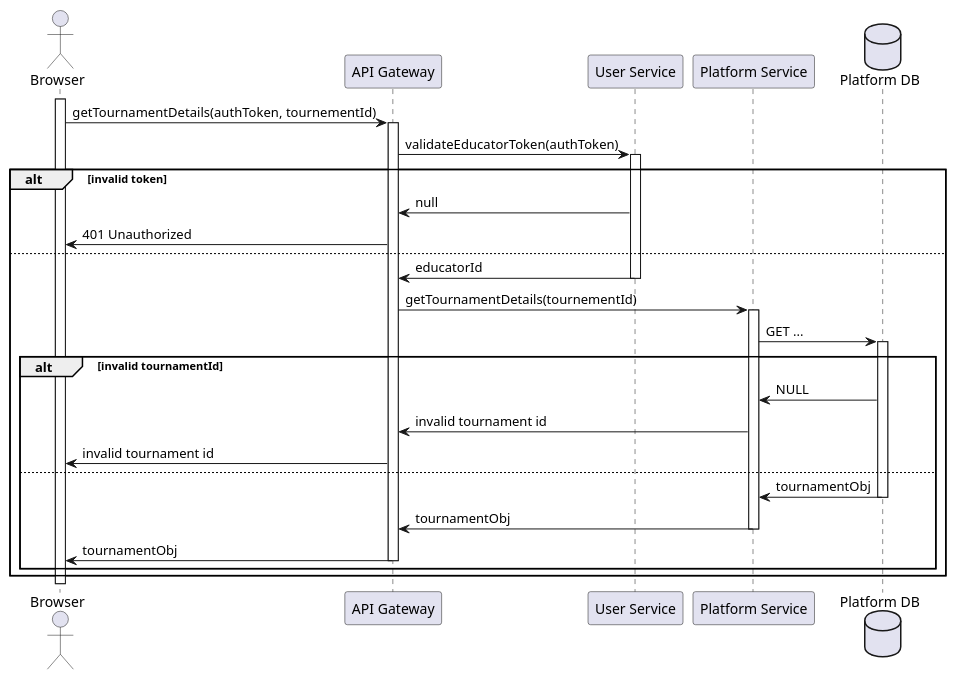
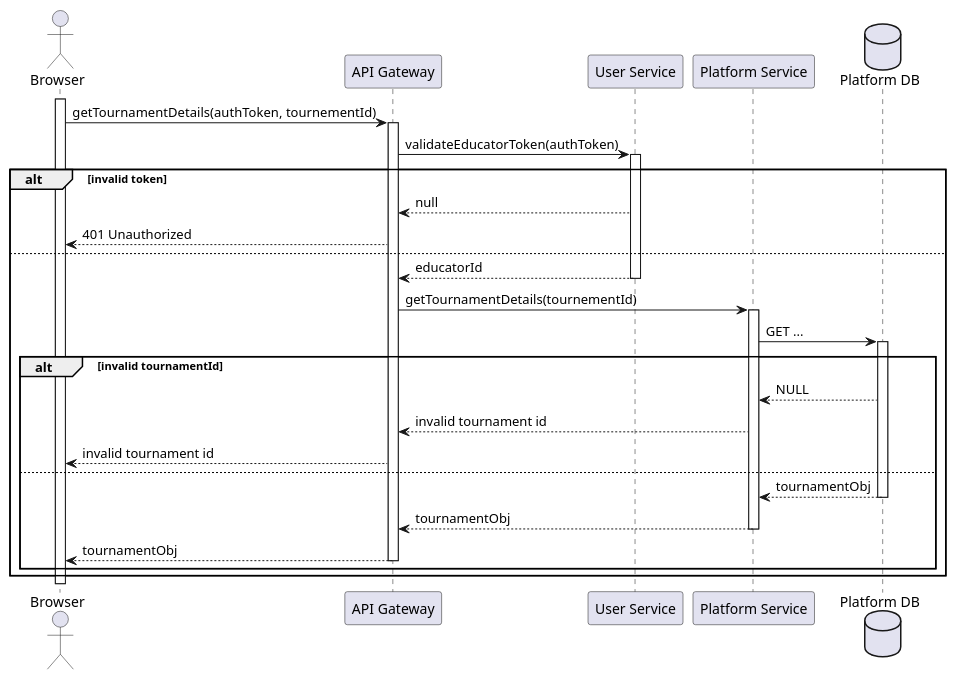
The diagram in dd/puml/rw0.2.puml (Furrrlo/CodeKataBattle), drawn with PlantUML before and after one commit. The commit also changed 13 other files, not shown here.

Commit message:
Fix response dotted lines in RW seq diagrams

```diff
--- a/dd/puml/rw0.2.puml
+++ b/dd/puml/rw0.2.puml
@@ -1,36 +1,36 @@
 @startuml RW0.2 - User gets tournament details
 
 actor Browser
 
 participant "API Gateway" as gateway
 participant "User Service" as auth
 
 participant "Platform Service" as platform
 database "Platform DB" as platformDb
 
 activate Browser
 
 Browser -> gateway ++ : getTournamentDetails(authToken, tournementId)
 gateway -> auth ++ : validateEducatorToken(authToken)
 alt invalid token
-    gateway <- auth : null
-    Browser <- gateway : 401 Unauthorized
+    gateway <-- auth : null
+    Browser <-- gateway : 401 Unauthorized
 else
-    gateway <- auth -- : educatorId
+    gateway <-- auth -- : educatorId
     gateway -> platform ++ : getTournamentDetails(tournementId)
 
     platform -> platformDb ++ : GET ...
 
     alt invalid tournamentId
-        platform <- platformDb : NULL
-        gateway <- platform : invalid tournament id
-        Browser <- gateway : invalid tournament id
+        platform <-- platformDb : NULL
+        gateway <-- platform : invalid tournament id
+        Browser <-- gateway : invalid tournament id
     else
-        platform <- platformDb -- : tournamentObj
-        gateway <- platform -- : tournamentObj
-        Browser <- gateway -- : tournamentObj
+        platform <-- platformDb -- : tournamentObj
+        gateway <-- platform -- : tournamentObj
+        Browser <-- gateway -- : tournamentObj
     end
 end
 
 
 @enduml
```
